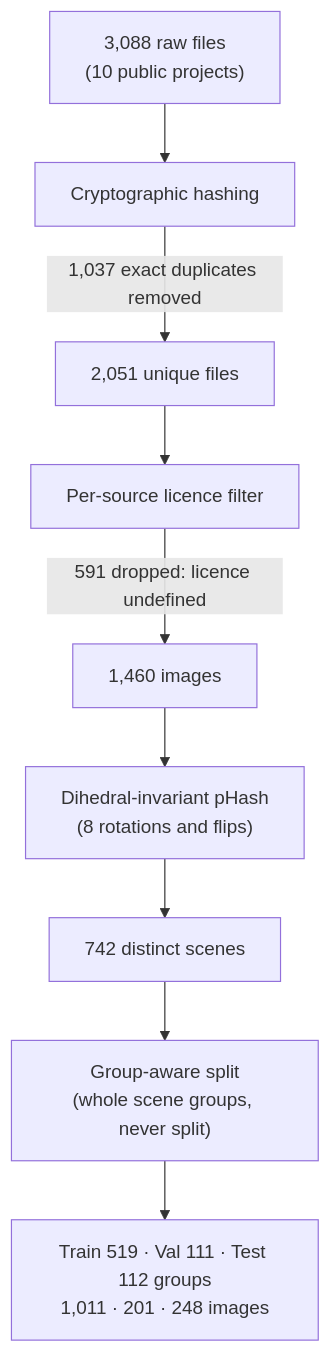
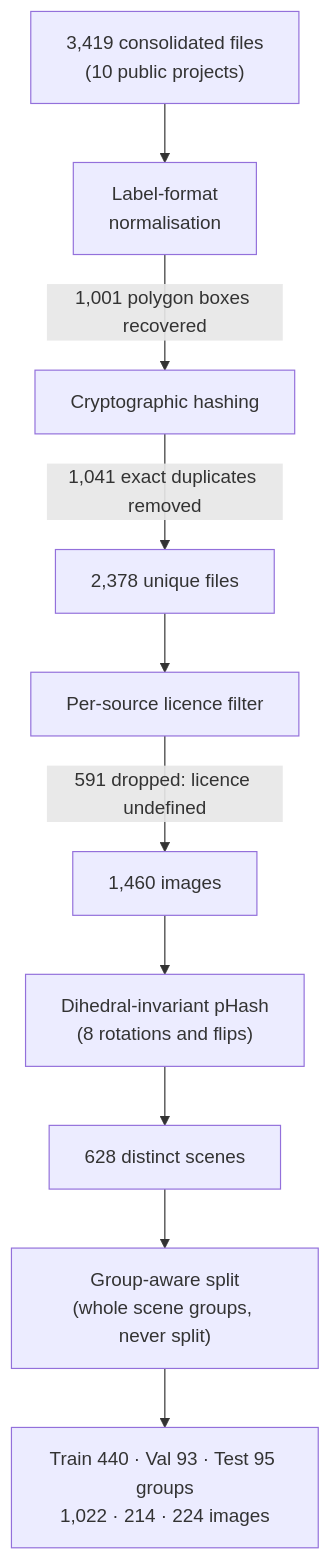
Before and after one commit to Andre031222/data-integrity-vision-language-auto-labelling: the second of 3 diagrams in README.md, drawn with Mermaid. The commit also changed other lines of this file and 28 other files, not shown here.

````diff
--- a/README.md
+++ b/README.md
@@ -228,11 +234,12 @@
 ```mermaid
 flowchart TD
-    R["3,088 raw files<br/>(10 public projects)"] --> M["Cryptographic hashing"]
-    M -->|"1,037 exact duplicates removed"| U["2,051 unique files"]
+    R["3,419 consolidated files<br/>(10 public projects)"] --> P["Label-format<br/>normalisation"]
+    P -->|"1,001 polygon boxes recovered"| M["Cryptographic hashing"]
+    M -->|"1,041 exact duplicates removed"| U["2,378 unique files"]
     U --> L["Per-source licence filter"]
     L -->|"591 dropped: licence undefined"| K["1,460 images"]
     K --> D["Dihedral-invariant pHash<br/>(8 rotations and flips)"]
-    D --> S["742 distinct scenes"]
+    D --> S["628 distinct scenes"]
     S --> G["Group-aware split<br/>(whole scene groups, never split)"]
-    G --> T["Train 519 · Val 111 · Test 112 groups<br/>1,011 · 201 · 248 images"]
+    G --> T["Train 440 · Val 93 · Test 95 groups<br/>1,022 · 214 · 224 images"]
 ```
````
